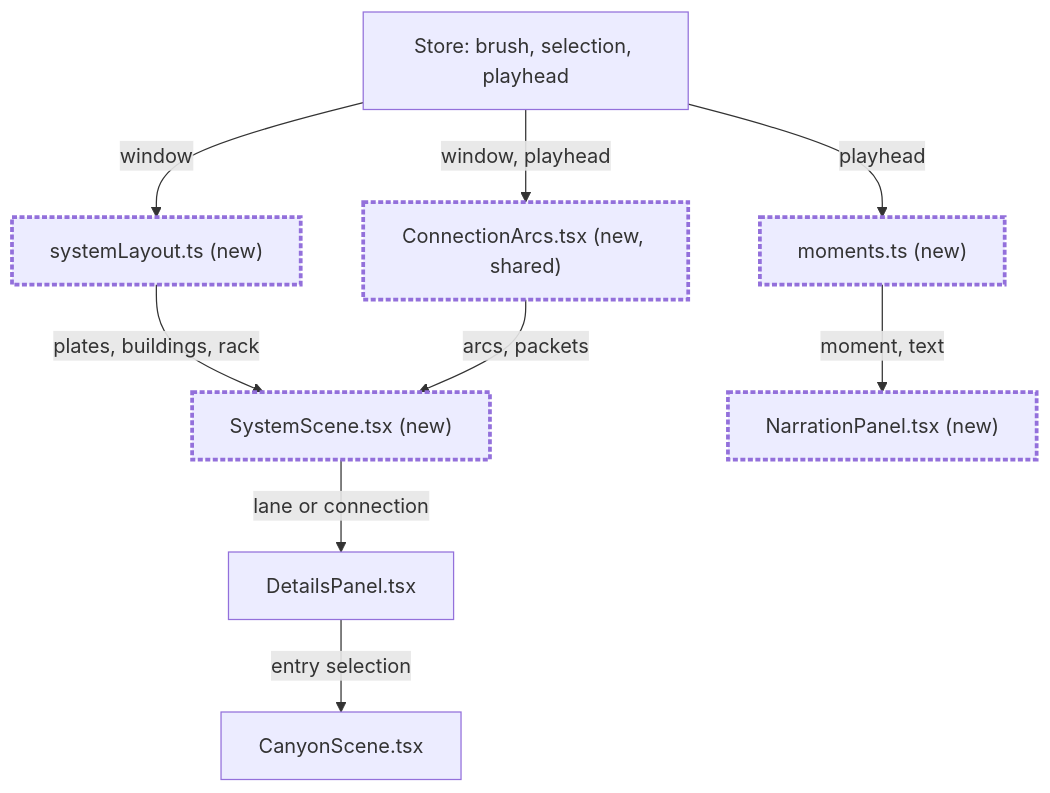
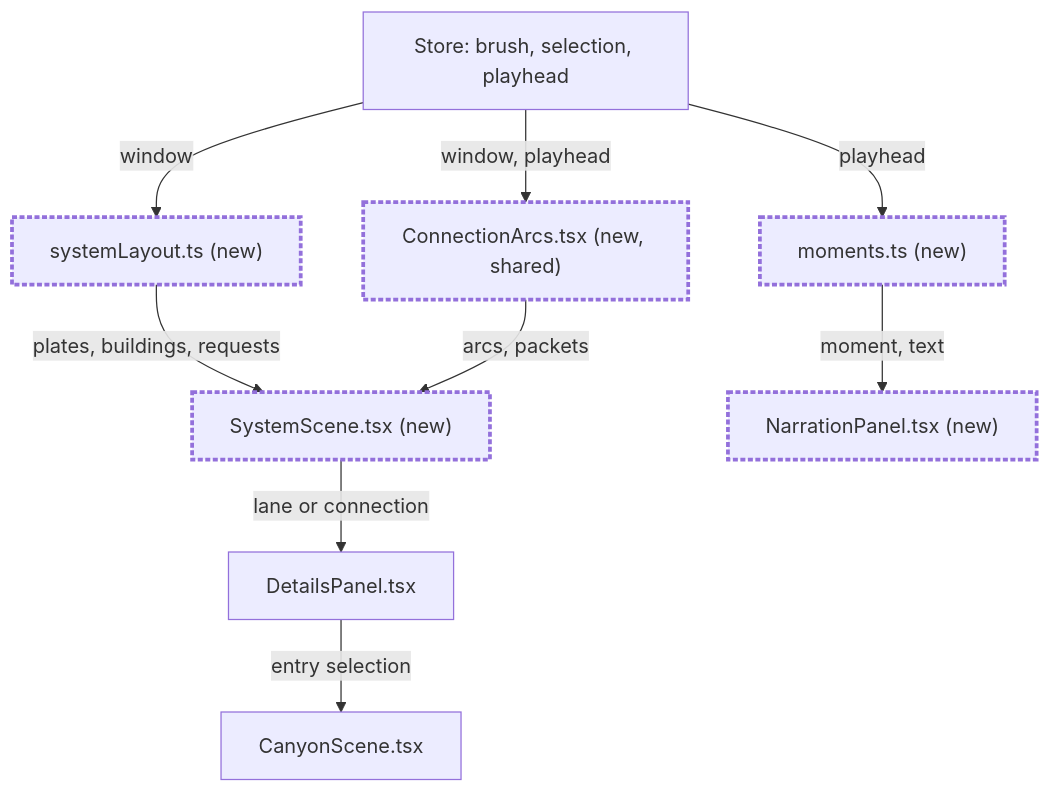
The second of 3 diagrams in .agents/specs/connected-system/spec.md (mkykode/3d-map-react-ts), drawn with Mermaid before and after one commit. The commit also changed other lines of this file and 33 other files, not shown here.

````diff
--- a/.agents/specs/connected-system/spec.md
+++ b/.agents/specs/connected-system/spec.md
@@ -111,15 +115,15 @@
 ```mermaid
 flowchart TB
   accTitle: Components of the System view
   accDescr: The layout and the shared arc layer feed the System scene. The playhead drives moments, narration, and packets. Selection opens evidence in Canyon.
   st["Store: brush, selection, playhead"] -->|window| lay["systemLayout.ts (new)"]
   st -->|window, playhead| arcs["ConnectionArcs.tsx (new, shared)"]
   st -->|playhead| mo["moments.ts (new)"]
-  lay -->|plates, buildings, rack| sc["SystemScene.tsx (new)"]
+  lay -->|plates, buildings, requests| sc["SystemScene.tsx (new)"]
   arcs -->|arcs, packets| sc
   mo -->|moment, text| nar["NarrationPanel.tsx (new)"]
   sc -->|lane or connection| det["DetailsPanel.tsx"]
   det -->|entry selection| can["CanyonScene.tsx"]
   classDef added stroke-width:3px,stroke-dasharray:4 2
   class lay,sc,arcs,mo,nar added
 ```
````
